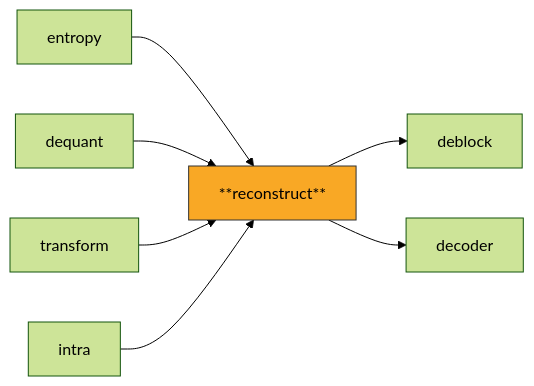
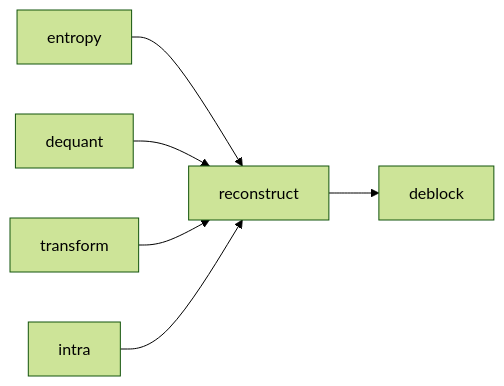
Before and after one commit to abhiksark/python-h264-scratch: the second of 2 diagrams in reconstruct/README.md, drawn with Mermaid (forest theme). The commit also changed other lines of this file and 13 other files, not shown here.

````diff
--- a/reconstruct/README.md
+++ b/reconstruct/README.md
@@ -19,10 +112,8 @@
 ```mermaid
 flowchart LR
-    ENT[entropy] --> REC["**reconstruct**"]
+    ENT[entropy] --> REC["reconstruct"]
     DQ[dequant] --> REC
     TF[transform] --> REC
     INTRA[intra] --> REC
     REC --> DB[deblock]
-    REC --> DEC[decoder]
-    style REC fill:#f9a825,stroke:#333,color:#000
 ```
````
